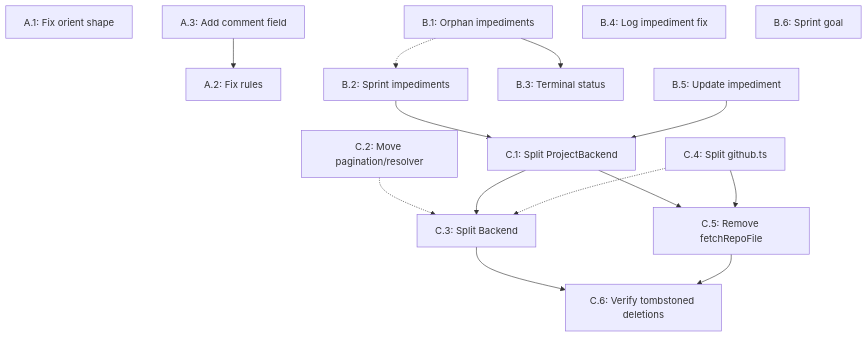
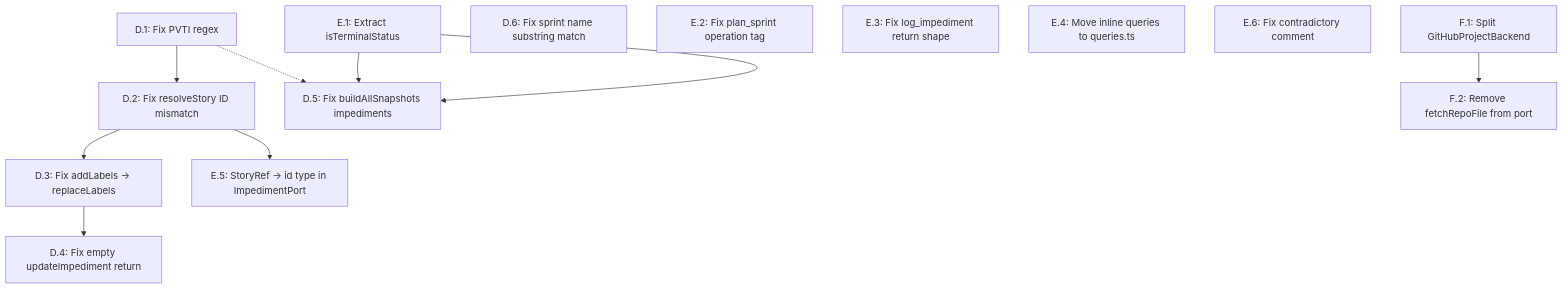
One commit to hoonsubin/github-projects-mcp-server changed the diagram in tasks/TODO.md. Above: the diagram before and after it, drawn with Mermaid. The commit also changed other lines of this file and 24 other files, not shown here.

````diff
--- a/tasks/TODO.md
+++ b/tasks/TODO.md
@@ -333,21 +520,32 @@
 ```mermaid
 graph TD
-  A1[A.1: Fix orient shape]
-  A3[A.3: Add comment field] --> A2[A.2: Fix rules]
+  E1[E.1: Extract isTerminalStatus]
 
-  B1[B.1: Orphan impediments] -.-> B2[B.2: Sprint impediments]
-  B1 --> B3[B.3: Terminal status]
-  B4[B.4: Log impediment fix]
-  B5[B.5: Update impediment]
-  B6[B.6: Sprint goal]
+  D1[D.1: Fix PVTI regex]
+  D2[D.2: Fix resolveStory ID mismatch]
+  D3[D.3: Fix addLabels → replaceLabels]
+  D4[D.4: Fix empty updateImpediment return]
+  D5[D.5: Fix buildAllSnapshots impediments]
+  D6[D.6: Fix sprint name substring match]
 
-  B2 --> C1[C.1: Split ProjectBackend]
-  B5 --> C1
-  C2[C.2: Move pagination/resolver] -.-> C3[C.3: Split Backend]
-  C1 --> C3
-  C1 --> C5[C.5: Remove fetchRepoFile]
-  C4[C.4: Split github.ts] --> C5
-  C4 -.-> C3
-  C3 --> C6[C.6: Verify tombstoned deletions]
-  C5 --> C6
+  E2[E.2: Fix plan_sprint operation tag]
+  E3[E.3: Fix log_impediment return shape]
+  E4[E.4: Move inline queries to queries.ts]
+  E5[E.5: StoryRef → id type in ImpedimentPort]
+  E6[E.6: Fix contradictory comment]
+
+  F1[F.1: Split GitHubProjectBackend]
+  F2[F.2: Remove fetchRepoFile from port]
+
+  E1 --> D5
+
+  D1 --> D2
+  D2 --> D3
+  D3 --> D4
+  D2 --> E5
+
+  D1 -.-> D5
+  E1 --> D5
+
+  F1 --> F2
 ```
````
